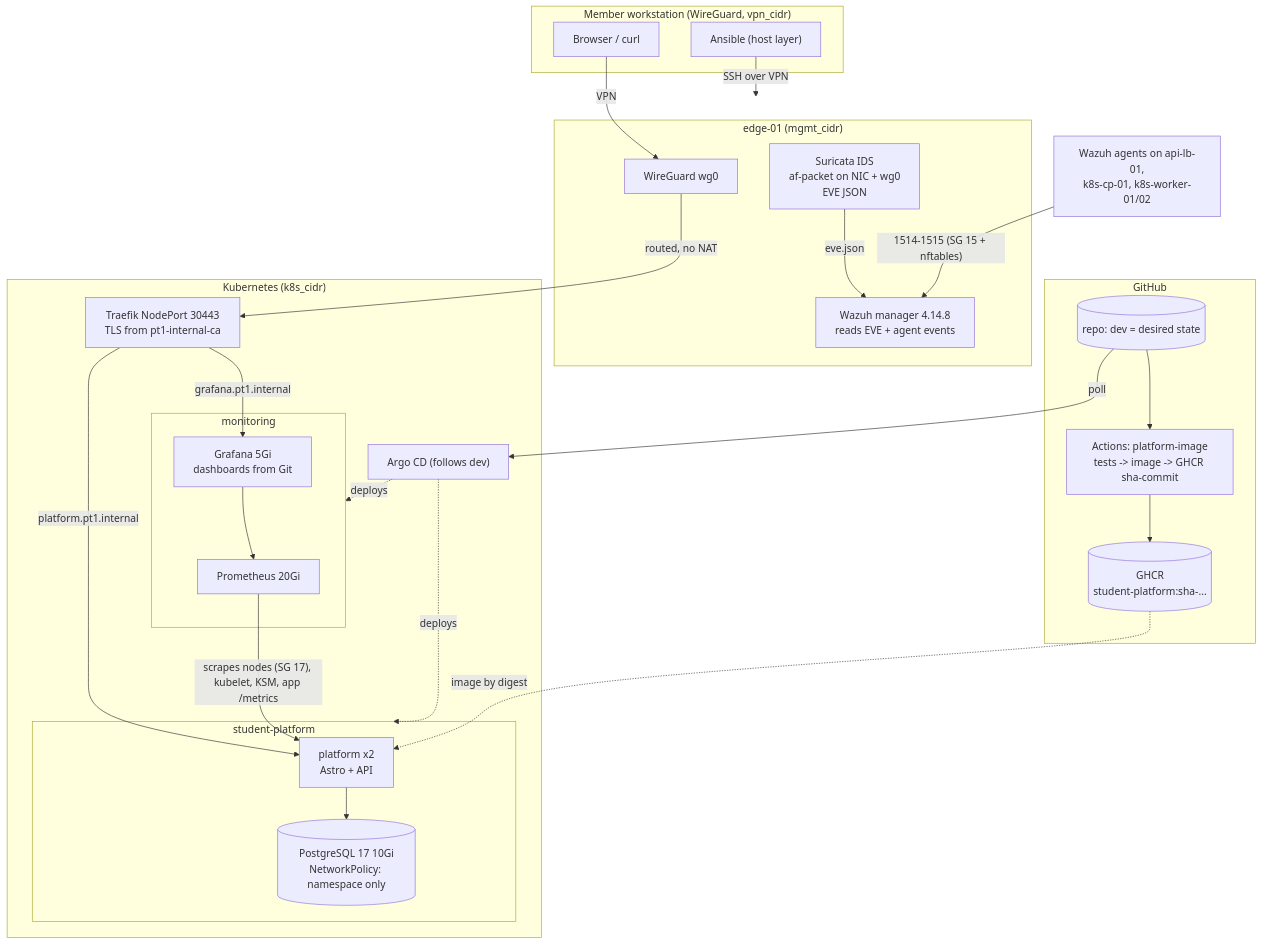
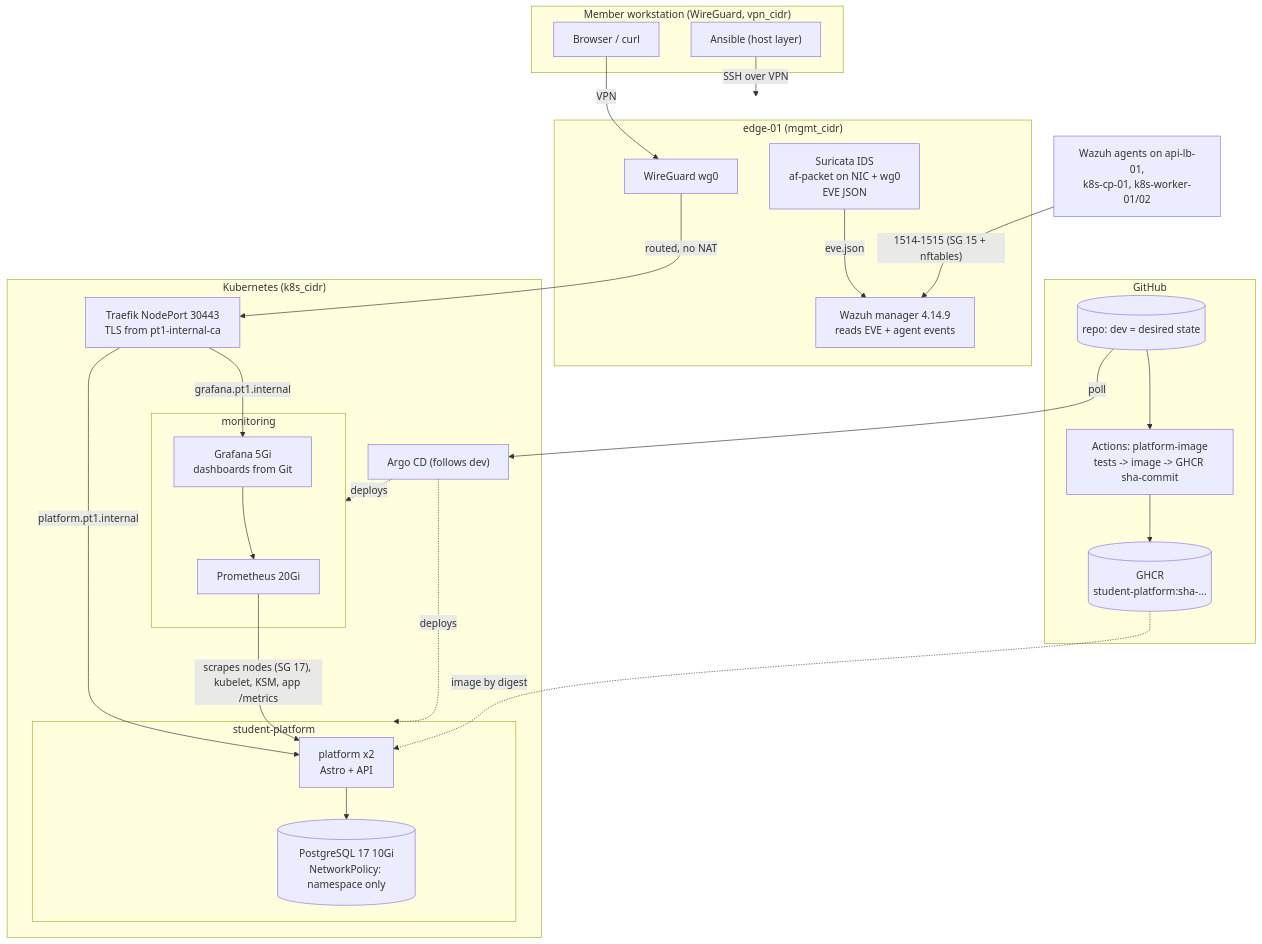
Before and after one commit to chpc-tech-eval/purple-team1-scc26: the diagram in evidence/week3/diagrams/README.md, drawn with Mermaid. The commit also changed 6 other files, not shown here.

First line of the commit message:
feat(wazuh): upgrade to 4.14.9 (manager, agents, indexer, dashboard)

````diff
--- a/evidence/week3/diagrams/README.md
+++ b/evidence/week3/diagrams/README.md
@@ -9,50 +9,50 @@
 ```mermaid
 flowchart TB
     subgraph WS["Member workstation (WireGuard, vpn_cidr)"]
         browser["Browser / curl"]
         ans["Ansible (host layer)"]
     end
 
     subgraph GH["GitHub"]
         repo[("repo: dev = desired state")]
         ci["Actions: platform-image<br/>tests -> image -> GHCR sha-commit"]
         ghcr[("GHCR<br/>student-platform:sha-...")]
         repo --> ci --> ghcr
     end
 
     subgraph EDGE["edge-01 (mgmt_cidr)"]
         wg["WireGuard wg0"]
         suri["Suricata IDS<br/>af-packet on NIC + wg0<br/>EVE JSON"]
-        wm["Wazuh manager 4.14.8<br/>reads EVE + agent events"]
+        wm["Wazuh manager 4.14.9<br/>reads EVE + agent events"]
         suri -- "eve.json" --> wm
     end
 
     subgraph K8S["Kubernetes (k8s_cidr)"]
         argo["Argo CD (follows dev)"]
         subgraph MON["monitoring"]
             prom["Prometheus 20Gi"]
             graf["Grafana 5Gi<br/>dashboards from Git"]
         end
         subgraph SP["student-platform"]
             app["platform x2<br/>Astro + API"]
             pg[("PostgreSQL 17 10Gi<br/>NetworkPolicy: namespace only")]
             app --> pg
         end
         trf["Traefik NodePort 30443<br/>TLS from pt1-internal-ca"]
     end
 
     agents["Wazuh agents on api-lb-01,<br/>k8s-cp-01, k8s-worker-01/02"]
 
     browser -- "VPN" --> wg
     wg -- "routed, no NAT" --> trf
     trf -- "grafana.pt1.internal" --> graf
     trf -- "platform.pt1.internal" --> app
     repo -- "poll" --> argo
     argo -. "deploys" .-> MON
     argo -. "deploys" .-> SP
     ghcr -. "image by digest" .-> app
     prom -- "scrapes nodes (SG 17), kubelet, KSM, app /metrics" --> app
     graf --> prom
     agents -- "1514-1515 (SG 15 + nftables)" --> wm
     ans -- "SSH over VPN" --> EDGE
 ```
````
